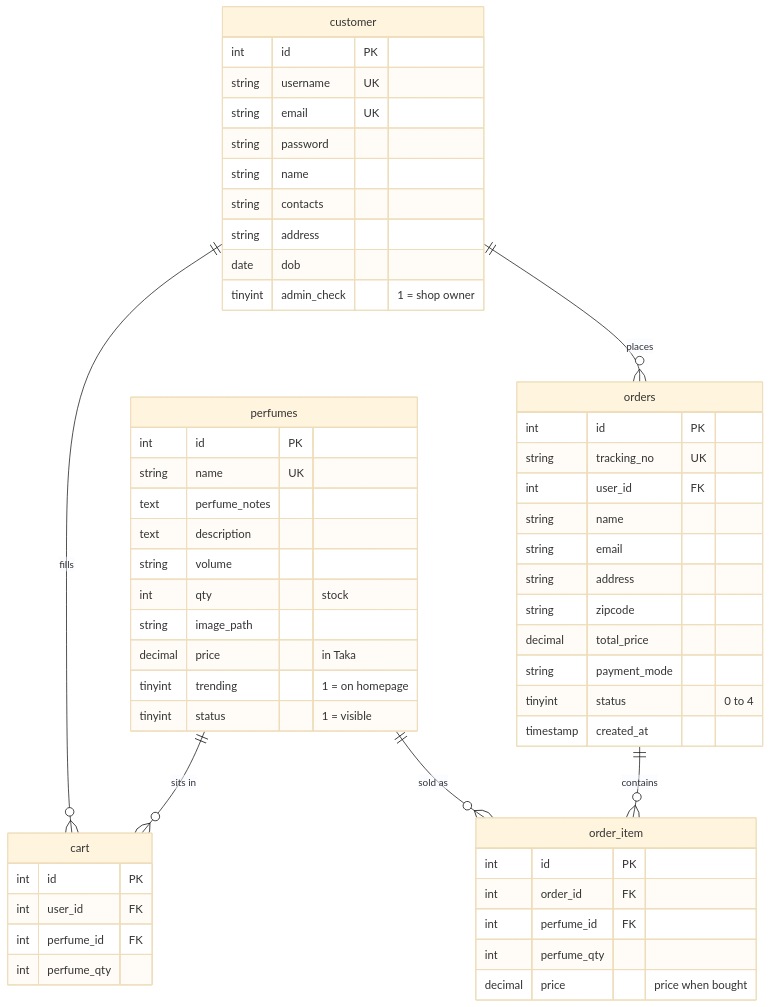
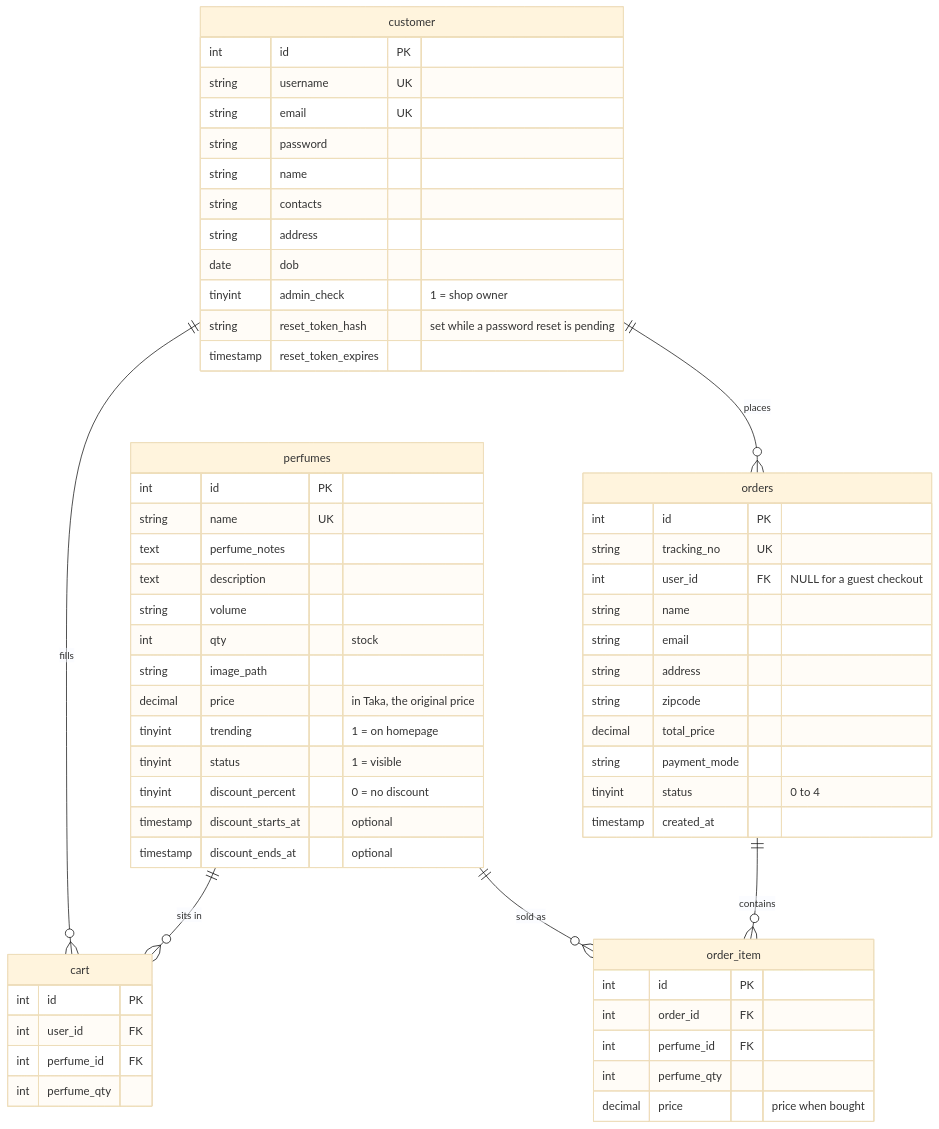
The diagram in README.md (mehenuf/cse311-perfume-store-revamp), drawn with Mermaid (base theme) before and after one commit. The commit also changed other lines of this file and 48 other files, not shown here.

````diff
--- a/README.md
+++ b/README.md
@@ -183,58 +188,63 @@
 ```mermaid
 erDiagram
     customer ||--o{ cart : "fills"
     customer ||--o{ orders : "places"
     orders   ||--o{ order_item : "contains"
     perfumes ||--o{ cart : "sits in"
     perfumes ||--o{ order_item : "sold as"
 
     customer {
         int id PK
         string username UK
         string email UK
         string password
         string name
         string contacts
         string address
         date dob
         tinyint admin_check "1 = shop owner"
+        string reset_token_hash "set while a password reset is pending"
+        timestamp reset_token_expires
     }
     perfumes {
         int id PK
         string name UK
         text perfume_notes
         text description
         string volume
         int qty "stock"
         string image_path
-        decimal price "in Taka"
+        decimal price "in Taka, the original price"
         tinyint trending "1 = on homepage"
         tinyint status "1 = visible"
+        tinyint discount_percent "0 = no discount"
+        timestamp discount_starts_at "optional"
+        timestamp discount_ends_at "optional"
     }
     cart {
         int id PK
         int user_id FK
         int perfume_id FK
         int perfume_qty
     }
     orders {
         int id PK
         string tracking_no UK
-        int user_id FK
+        int user_id FK "NULL for a guest checkout"
         string name
         string email
         string address
         string zipcode
         decimal total_price
         string payment_mode
         tinyint status "0 to 4"
         timestamp created_at
     }
     order_item {
         int id PK
         int order_id FK
         int perfume_id FK
         int perfume_qty
         decimal price "price when bought"
     }
 ```
````
